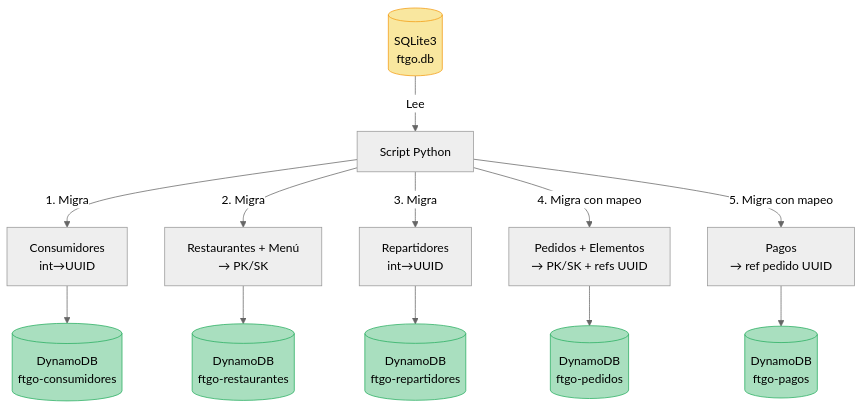
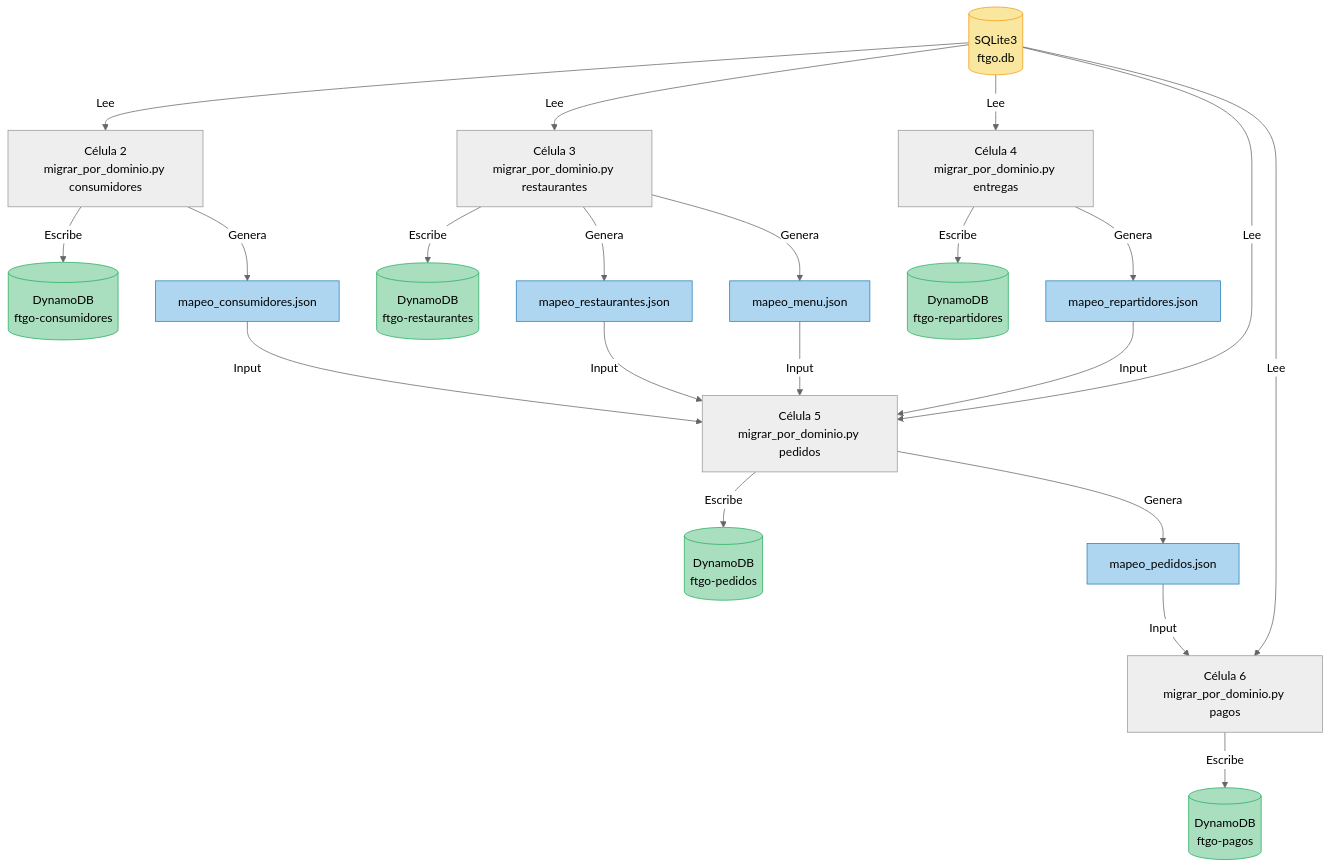
Diagram 18 of 19 in ftgo-microservicios/ARQUITECTURA.md (gusdelact/meetup27Abril2026), drawn with Mermaid (neutral theme) before and after one commit. The commit also changed other lines of this file and 6 other files, not shown here.

````diff
--- a/ftgo-microservicios/ARQUITECTURA.md
+++ b/ftgo-microservicios/ARQUITECTURA.md
@@ -1447,23 +1502,40 @@
 ```mermaid
 graph TD
-    A[(SQLite3<br/>ftgo.db)] -->|Lee| B[Script Python]
+    A[(SQLite3<br/>ftgo.db)] -->|Lee| C2[Célula 2<br/>migrar_por_dominio.py consumidores]
+    A -->|Lee| C3[Célula 3<br/>migrar_por_dominio.py restaurantes]
+    A -->|Lee| C4[Célula 4<br/>migrar_por_dominio.py entregas]
 
-    B -->|1. Migra| C[Consumidores<br/>int→UUID]
-    B -->|2. Migra| D[Restaurantes + Menú<br/>→ PK/SK]
-    B -->|3. Migra| E[Repartidores<br/>int→UUID]
-    B -->|4. Migra con mapeo| F[Pedidos + Elementos<br/>→ PK/SK + refs UUID]
-    B -->|5. Migra con mapeo| G[Pagos<br/>→ ref pedido UUID]
+    C2 -->|Escribe| DDB1[(DynamoDB<br/>ftgo-consumidores)]
+    C3 -->|Escribe| DDB2[(DynamoDB<br/>ftgo-restaurantes)]
+    C4 -->|Escribe| DDB3[(DynamoDB<br/>ftgo-repartidores)]
 
-    C --> H[(DynamoDB<br/>ftgo-consumidores)]
-    D --> I[(DynamoDB<br/>ftgo-restaurantes)]
-    E --> J[(DynamoDB<br/>ftgo-repartidores)]
-    F --> K[(DynamoDB<br/>ftgo-pedidos)]
-    G --> L[(DynamoDB<br/>ftgo-pagos)]
+    C2 -->|Genera| J1[mapeo_consumidores.json]
+    C3 -->|Genera| J2[mapeo_restaurantes.json]
+    C3 -->|Genera| J3[mapeo_menu.json]
+    C4 -->|Genera| J4[mapeo_repartidores.json]
+
+    J1 -->|Input| C5[Célula 5<br/>migrar_por_dominio.py pedidos]
+    J2 -->|Input| C5
+    J3 -->|Input| C5
+    J4 -->|Input| C5
+
+    A -->|Lee| C5
+    C5 -->|Escribe| DDB4[(DynamoDB<br/>ftgo-pedidos)]
+    C5 -->|Genera| J5[mapeo_pedidos.json]
+
+    J5 -->|Input| C6[Célula 6<br/>migrar_por_dominio.py pagos]
+    A -->|Lee| C6
+    C6 -->|Escribe| DDB5[(DynamoDB<br/>ftgo-pagos)]
 
     style A fill:#f9e79f,stroke:#f39c12
-    style H fill:#a9dfbf,stroke:#27ae60
-    style I fill:#a9dfbf,stroke:#27ae60
-    style J fill:#a9dfbf,stroke:#27ae60
-    style K fill:#a9dfbf,stroke:#27ae60
-    style L fill:#a9dfbf,stroke:#27ae60
+    style DDB1 fill:#a9dfbf,stroke:#27ae60
+    style DDB2 fill:#a9dfbf,stroke:#27ae60
+    style DDB3 fill:#a9dfbf,stroke:#27ae60
+    style DDB4 fill:#a9dfbf,stroke:#27ae60
+    style DDB5 fill:#a9dfbf,stroke:#27ae60
+    style J1 fill:#aed6f1,stroke:#2980b9
+    style J2 fill:#aed6f1,stroke:#2980b9
+    style J3 fill:#aed6f1,stroke:#2980b9
+    style J4 fill:#aed6f1,stroke:#2980b9
+    style J5 fill:#aed6f1,stroke:#2980b9
 ```
````
